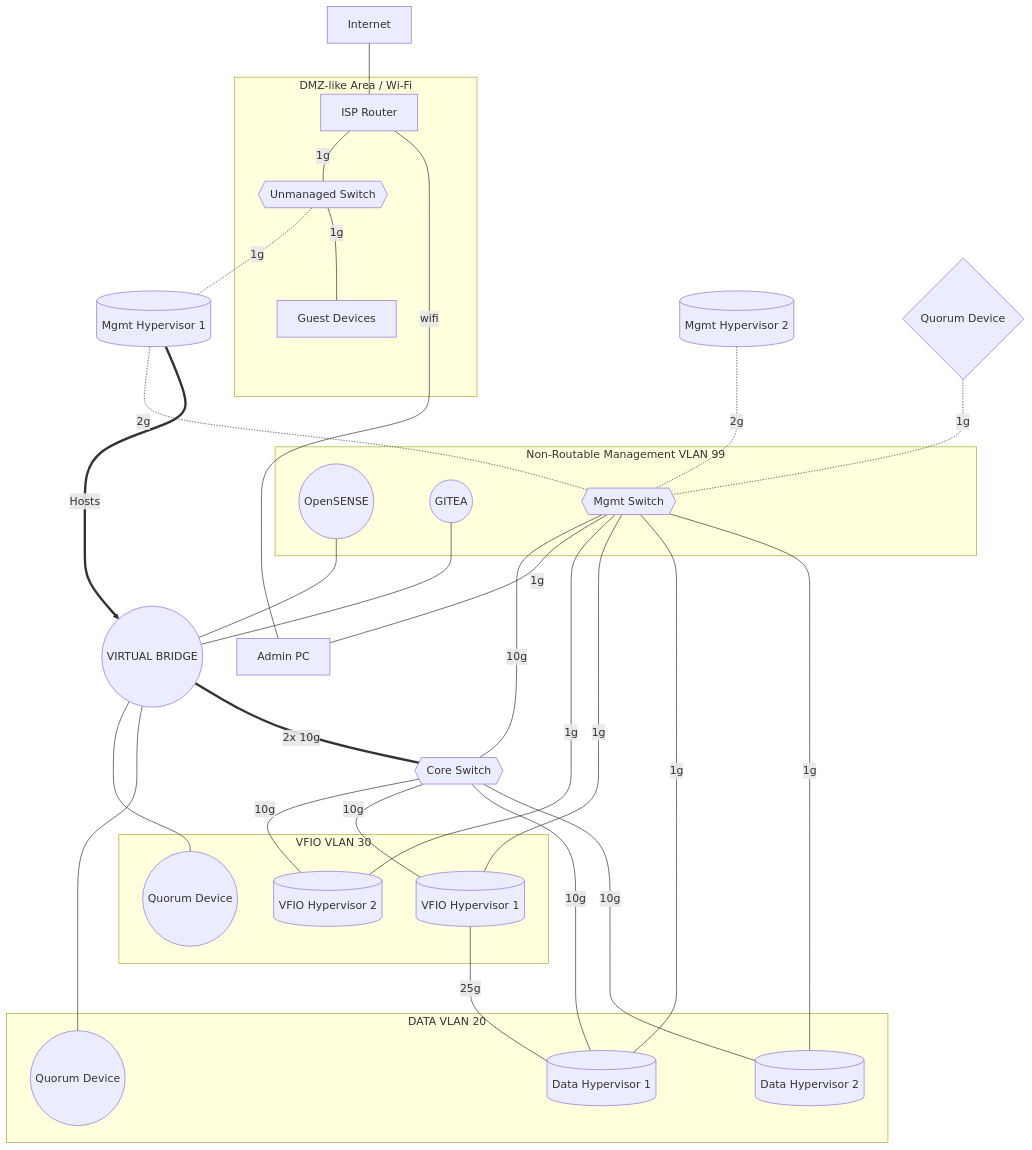
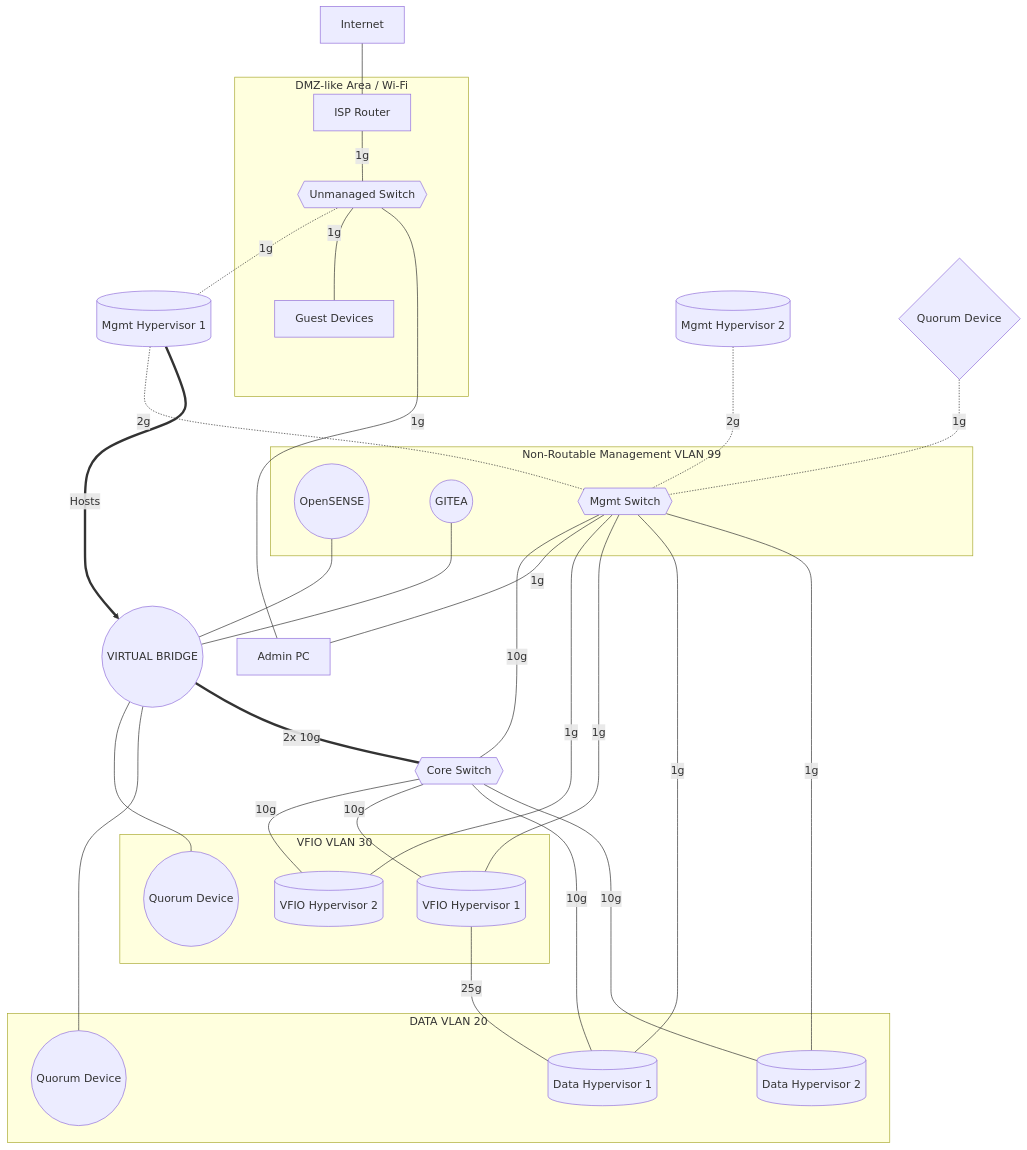
Before and after one commit to woeiru/lab: the diagram in arc/net1.md, drawn with Mermaid.

Commit message:
standard

````diff
--- a/arc/net1.md
+++ b/arc/net1.md
@@ -3,48 +3,48 @@
 ```mermaid
 graph TD
     INT[Internet] --- ISPR[ISP Router]
     ISPR ---|1g| US
     US{{Unmanaged Switch}} -.-|1g| MH1
     OPN((OpenSENSE)) --- VB((VIRTUAL BRIDGE))
     GIT((GITEA)) --- VB
     VB --- QDV((Quorum Device))
     VB --- QDD((Quorum Device))
     VB ===|2x 10g| CS{{Core Switch}}
     MH1[(Mgmt Hypervisor 1)] -.-|2g| MS{{Mgmt Switch}}
     MH2[(Mgmt Hypervisor 2)] -.-|2g| MS
     QDM{Quorum Device} -.-|1g| MS
     MS ---|10g| CS
     MS ---|1g| APC[Admin PC]
-    APC ---|wifi| ISPR
+    APC ---|1g| US
     MH1 ==>|Hosts| VB
     CS ---|10g| VH2[(VFIO Hypervisor 2)]
     MS ---|1g| VH2
     US ---|1g| GD[Guest Devices]
     CS ---|10g| VH1[(VFIO Hypervisor 1)]
     MS ---|1g| VH1
     CS ---|10g| DH1[(Data Hypervisor 1)]
     MS ---|1g| DH1
     CS ---|10g| DH2[(Data Hypervisor 2)]
     MS ---|1g| DH2
     VH1 ---|25g| DH1
     subgraph VLAN20 [DATA VLAN 20]
         DH1
         DH2
         QDD
     end
     subgraph VLAN30 [VFIO VLAN 30]
         VH1
         VH2
         QDV
     end
     subgraph VLAN99 [Non-Routable Management VLAN 99]
         MS
         OPN
         GIT
     end
     subgraph DMZ [DMZ-like Area / Wi-Fi]
         ISPR
         GD
         US
     end
 ```
````
